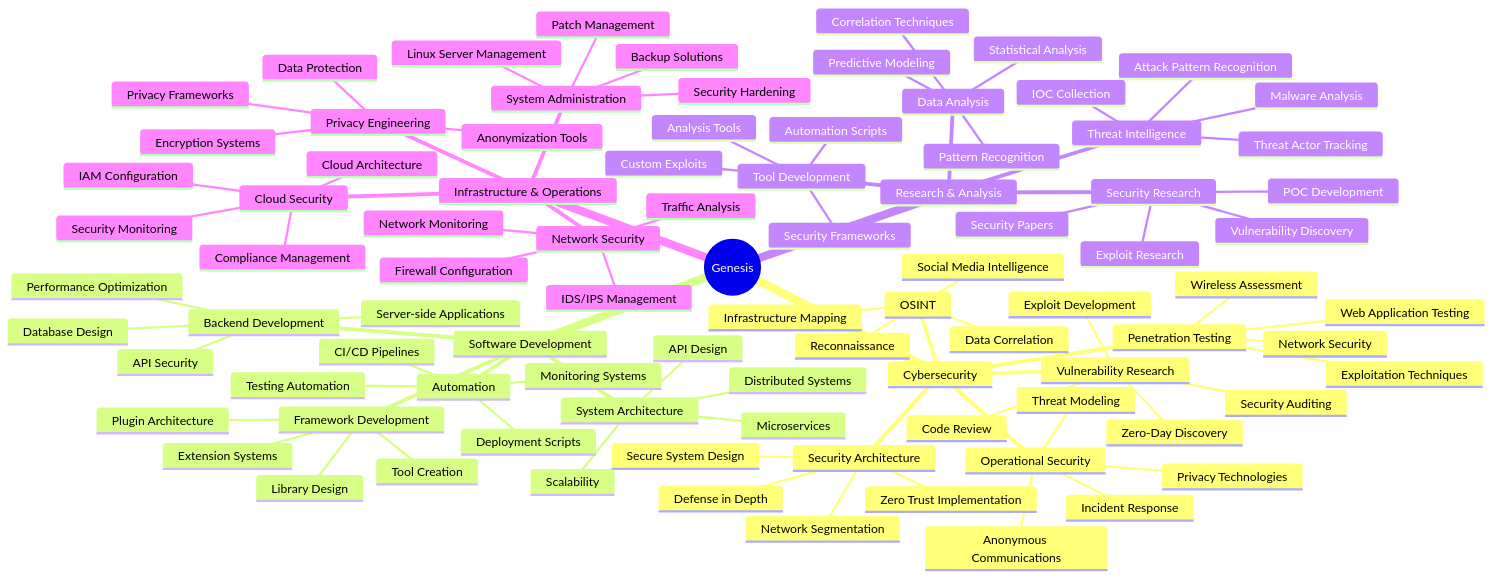
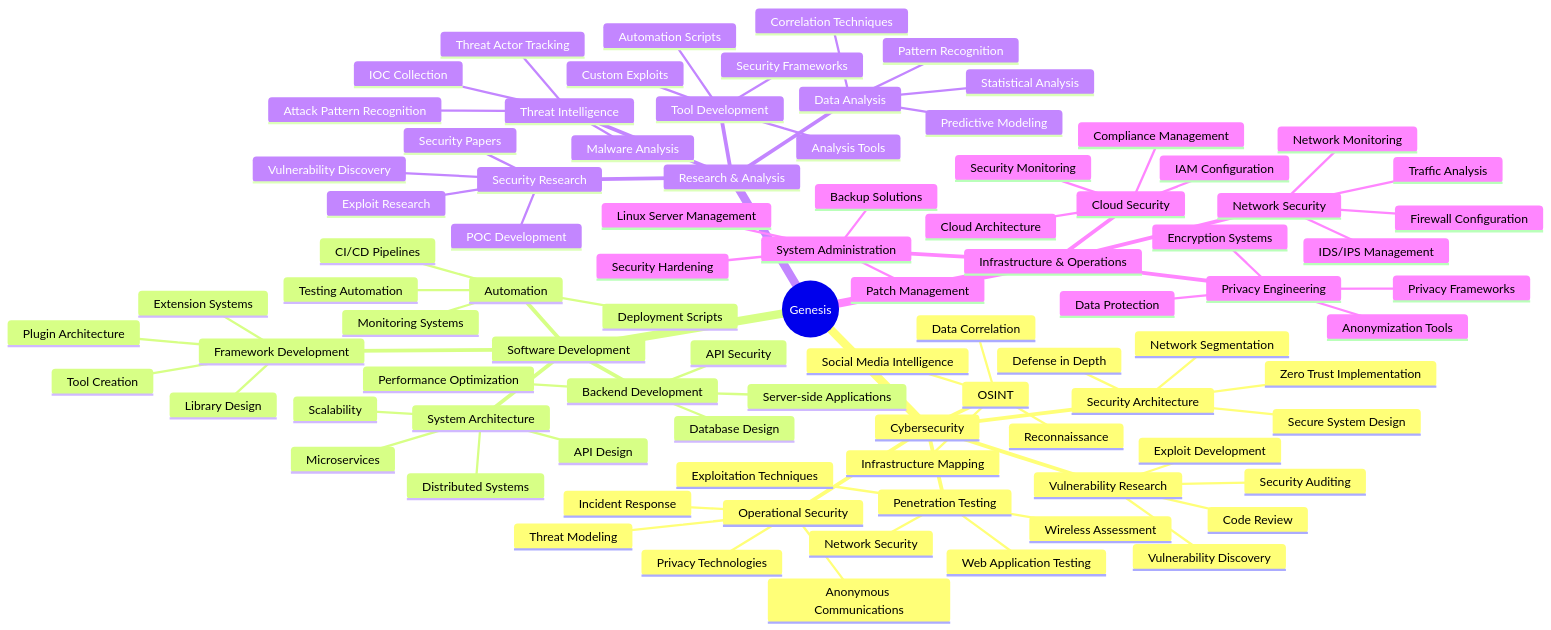
The diagram in README.md (genesisgzdev/genesisgzdev), drawn with Mermaid before and after one commit. The commit also changed other lines of this file, not shown here.

```diff
--- a/README.md
+++ b/README.md
@@ -411,7 +409,7 @@
         Threat Modeling
         Incident Response
       Vulnerability Research
-        Zero-Day Discovery
+        Vulnerability Discovery
         Exploit Development
         Security Auditing
         Code Review
```
